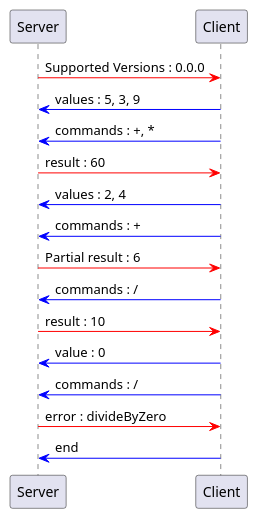
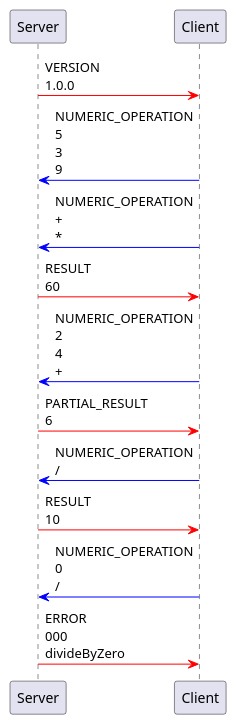
Before and after one commit to kjorand/DAI-2022-Protocol-Design-Classe-B: the second of 2 diagrams in specs/kjorand/protocol.md, drawn with PlantUML. The commit also changed other lines of this file, not shown here.

````diff
--- a/specs/kjorand/protocol.md
+++ b/specs/kjorand/protocol.md
@@ -93,17 +115,14 @@
 ```plantuml
 @startuml
-Server -[#red]> Client : Supported Versions : 0.0.0
-Client -[#blue]> Server : values : 5, 3, 9
-Client -[#blue]> Server : commands : +, *
-Server -[#red]> Client : result : 60
-Client -[#blue]> Server : values : 2, 4
-Client -[#blue]> Server : commands : +
-Server -[#red]> Client : Partial result : 6
-Client -[#blue]> Server : commands : /
-Server -[#red]> Client : result : 10
-Client -[#blue]> Server : value : 0
-Client -[#blue]> Server : commands : /
-Server -[#red]> Client : error : divideByZero
-Client -[#blue]> Server : end
+Server -[#red]> Client : VERSION\n1.0.0
+Client -[#blue]> Server : NUMERIC_OPERATION\n5\n3\n9
+Client -[#blue]> Server : NUMERIC_OPERATION\n+\n*
+Server -[#red]> Client : RESULT\n60
+Client -[#blue]> Server : NUMERIC_OPERATION\n2\n4\n+
+Server -[#red]> Client : PARTIAL_RESULT\n6
+Client -[#blue]> Server : NUMERIC_OPERATION\n/
+Server -[#red]> Client : RESULT\n10
+Client -[#blue]> Server : NUMERIC_OPERATION\n0\n/
+Server -[#red]> Client : ERROR\n000\ndivideByZero
 @enduml
 ```
````
